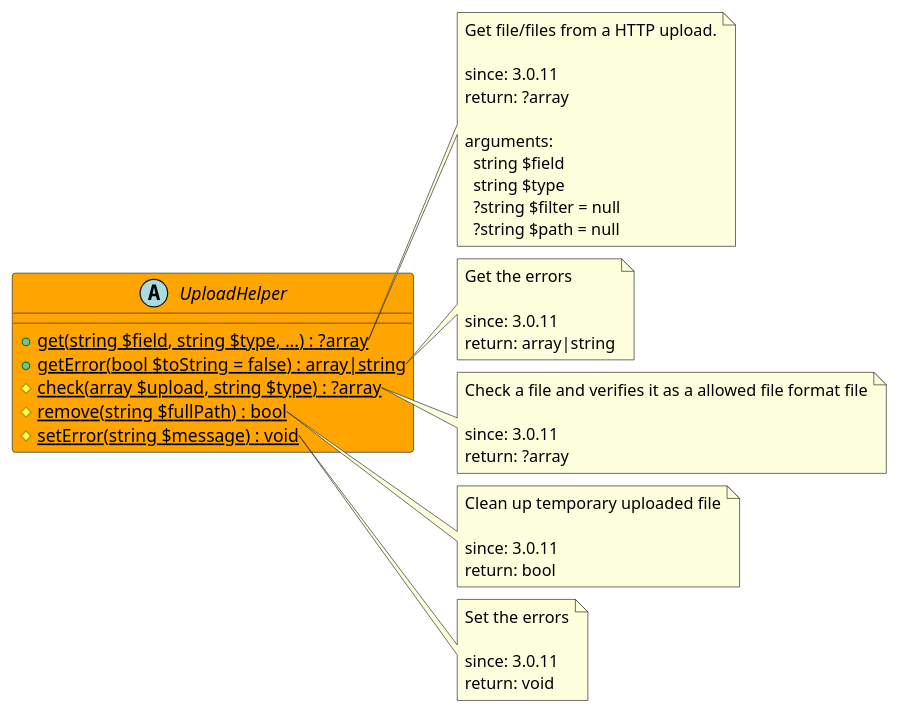
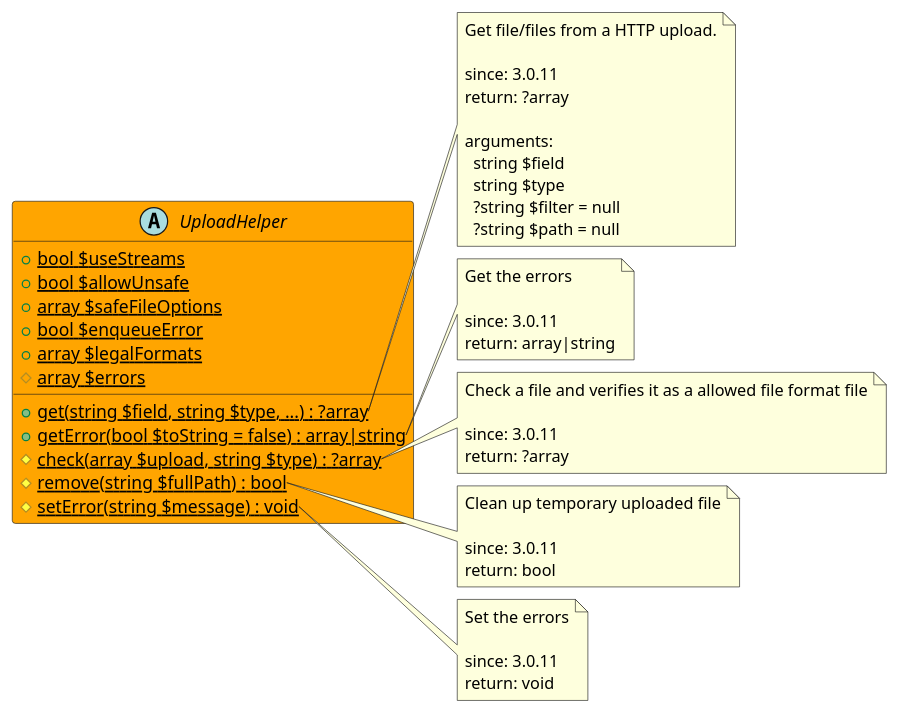
The diagram in src/d7600b43-771a-4747-9f5d-952765721799/README.md (joomengine/super-powers), drawn with PlantUML before and after one commit. The commit also changed other lines of this file, not shown here.

Commit message:
Update Utilities UploadHelper readme file

````diff
--- a/src/d7600b43-771a-4747-9f5d-952765721799/README.md
+++ b/src/d7600b43-771a-4747-9f5d-952765721799/README.md
@@ -5,54 +5,60 @@
 ```uml
 @startuml
 
 abstract UploadHelper  #Orange {
+  + {static} bool $useStreams
+  + {static} bool $allowUnsafe
+  + {static} array $safeFileOptions
+  + {static} bool $enqueueError
+  + {static} array $legalFormats
+  # {static} array $errors
   + {static} get(string $field, string $type, ...) : ?array
   + {static} getError(bool $toString = false) : array|string
   # {static} check(array $upload, string $type) : ?array
   # {static} remove(string $fullPath) : bool
   # {static} setError(string $message) : void
 }
 
 note right of UploadHelper::get
   Get file/files from a HTTP upload.
 
   since: 3.0.11
   return: ?array
   
   arguments:
     string $field
     string $type
     ?string $filter = null
     ?string $path = null
 end note
 
 note right of UploadHelper::getError
   Get the errors
 
   since: 3.0.11
   return: array|string
 end note
 
 note right of UploadHelper::check
   Check a file and verifies it as a allowed file format file
 
   since: 3.0.11
   return: ?array
 end note
 
 note right of UploadHelper::remove
   Clean up temporary uploaded file
 
   since: 3.0.11
   return: bool
 end note
 
 note right of UploadHelper::setError
   Set the errors
 
   since: 3.0.11
   return: void
 end note
 
 @enduml
 ```
````
